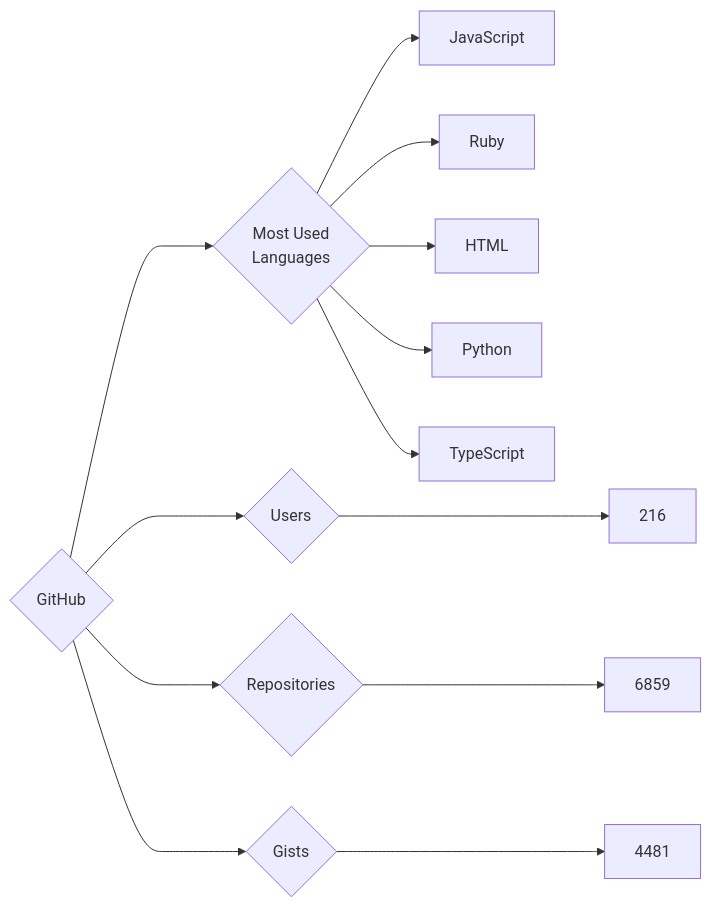
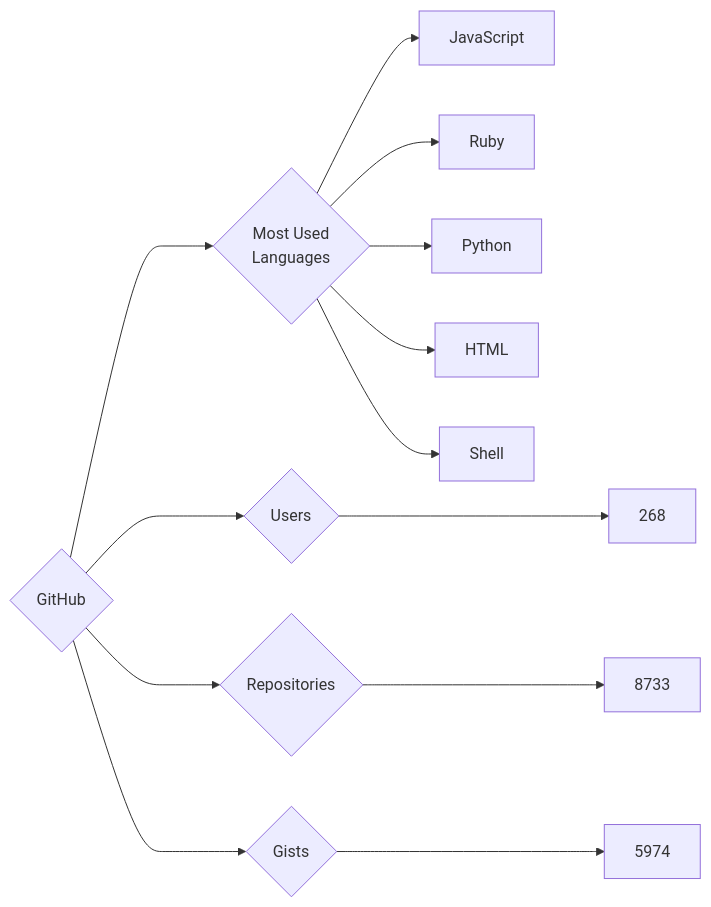
One commit to trickest/insiders changed the diagram in targets/GitHub/README.md. Above: the diagram before and after it, drawn with Mermaid. The commit also changed 965 other files, not shown here.

````diff
--- a/targets/GitHub/README.md
+++ b/targets/GitHub/README.md
@@ -3,13 +3,13 @@
 ```mermaid
 graph LR
 COMPANY_NAME{GitHub}
-COMPANY_NAME ---> U{Users} ---> UN[216]
-COMPANY_NAME ---> R{Repositories} ---> RN[6859]
-COMPANY_NAME ---> G{Gists} ---> GN[4481]
+COMPANY_NAME ---> U{Users} ---> UN[268]
+COMPANY_NAME ---> R{Repositories} ---> RN[8733]
+COMPANY_NAME ---> G{Gists} ---> GN[5974]
 COMPANY_NAME ---> ML{Most Used<br>Languages}
 ML --> JavaScript[JavaScript]
 ML --> Ruby[Ruby]
+ML --> Python[Python]
 ML --> HTML[HTML]
-ML --> Python[Python]
-ML --> TypeScript[TypeScript]
+ML --> Shell[Shell]
 ```
````
